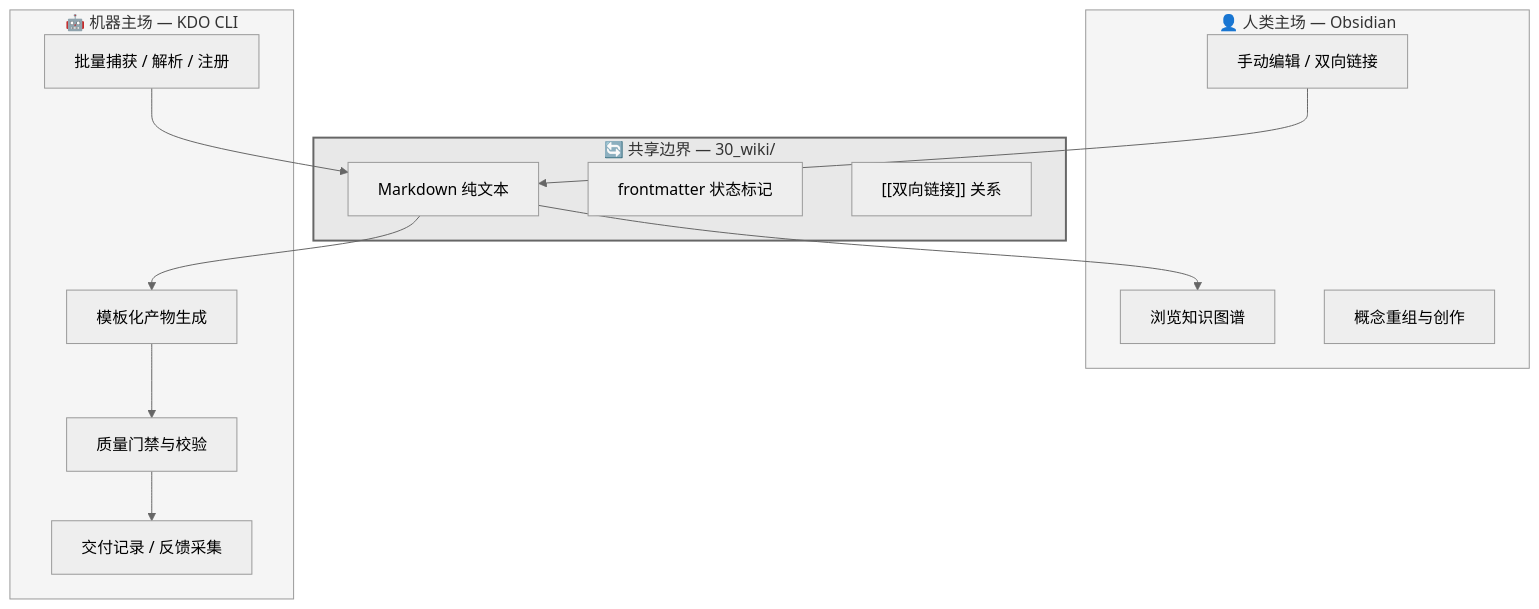
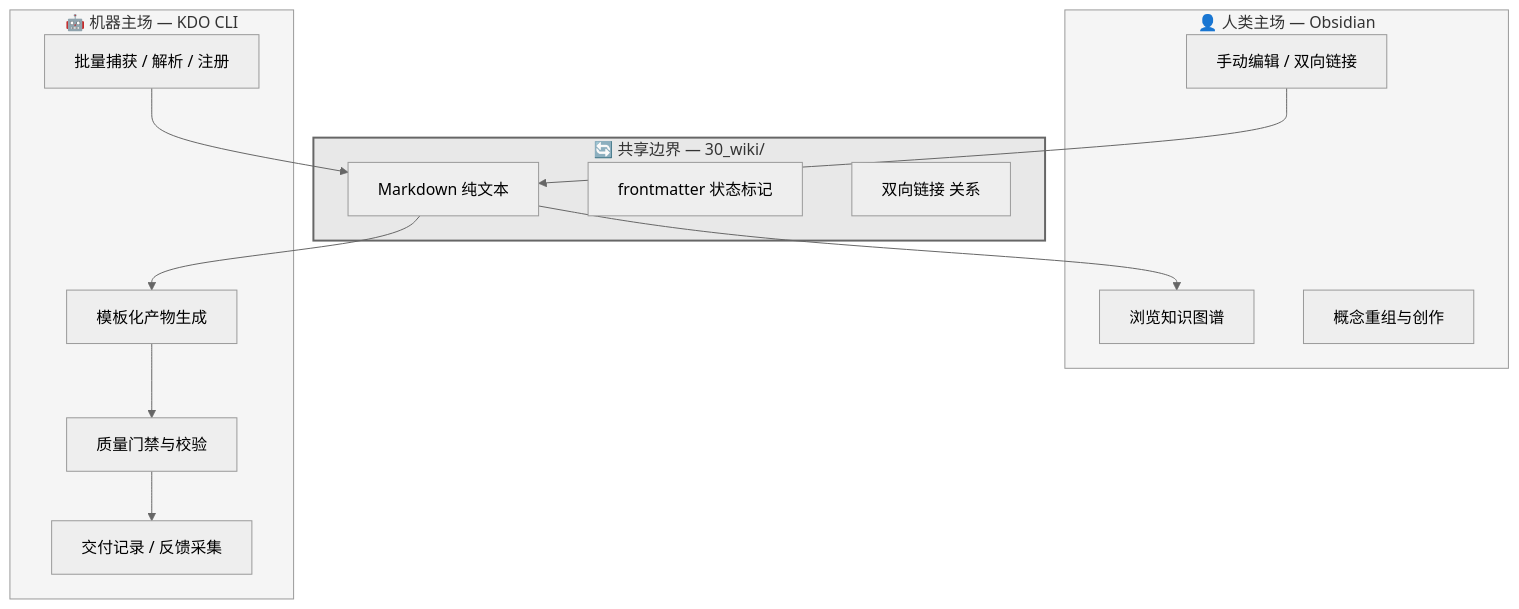
One commit to baisenzhu538/wiki changed the third of 8 diagrams in 10_raw/sources/src_20260501_58b6edef-obsidian-kdo-内容产出工作流-产品设计大纲.md. Above: the diagram before and after it, drawn with Mermaid (neutral theme). The commit also changed other lines of this file and 59 other files, not shown here.

````diff
--- a/10_raw/sources/src_20260501_58b6edef-obsidian-kdo-内容产出工作流-产品设计大纲.md
+++ b/10_raw/sources/src_20260501_58b6edef-obsidian-kdo-内容产出工作流-产品设计大纲.md
@@ -428,32 +428,32 @@
 ```mermaid
 flowchart TB
     subgraph Human["👤 人类主场 — Obsidian"]
         O1["浏览知识图谱"]
         O2["手动编辑 / 双向链接"]
         O3["概念重组与创作"]
     end
 
     subgraph Shared["🔄 共享边界 — 30_wiki/"]
         W1["Markdown 纯文本"]
         W2["frontmatter 状态标记"]
-        W3["[[双向链接]] 关系"]
+        W3["双向链接 关系"]
     end
 
     subgraph AI["🤖 机器主场 — KDO CLI"]
         K1["批量捕获 / 解析 / 注册"]
         K2["模板化产物生成"]
         K3["质量门禁与校验"]
         K4["交付记录 / 反馈采集"]
     end
 
     O2 --> W1
     W1 --> O1
     K1 --> W1
     W1 --> K2
     K2 --> K3
     K3 --> K4
 
     style Human fill:#f5f5f5,stroke:#999
     style AI fill:#f5f5f5,stroke:#999
     style Shared fill:#e8e8e8,stroke:#666,stroke-width:2px
 ```
````
